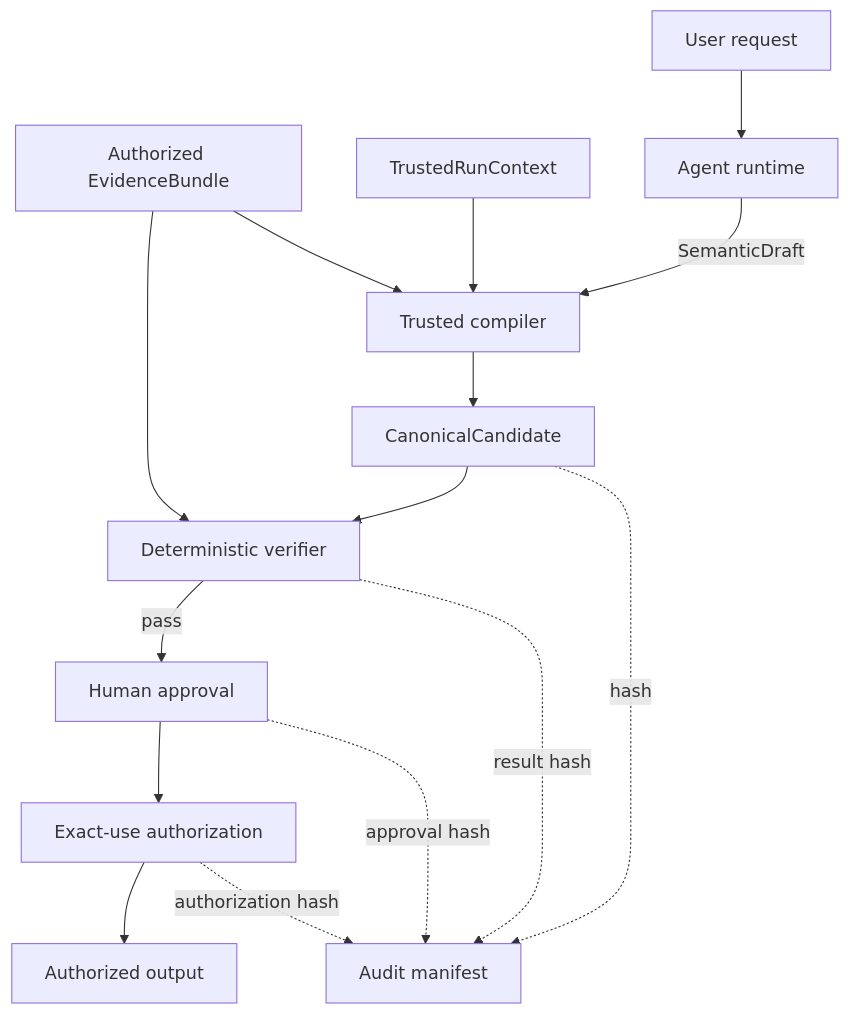
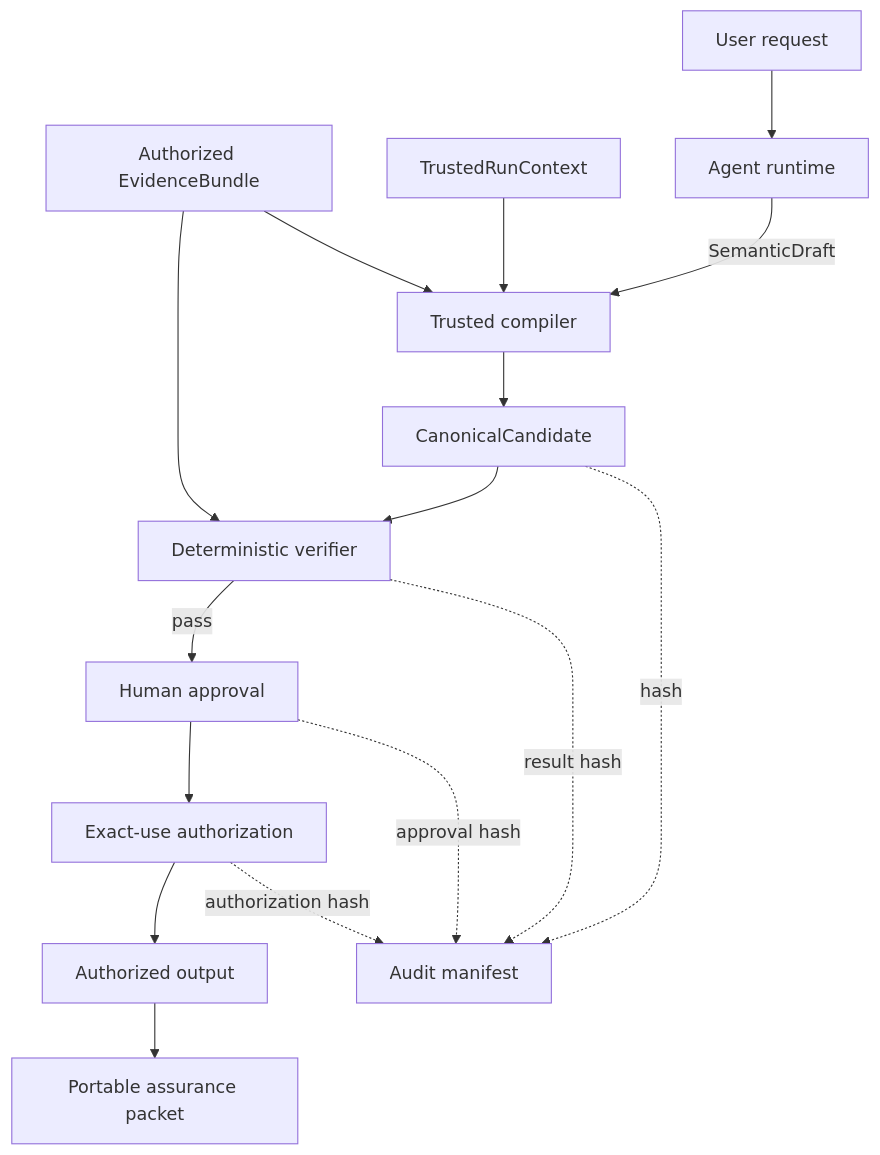
The first of 2 diagrams in docs/architecture.md (DigiTrans-App/provable-agent-reference), drawn with Mermaid before and after one commit. The commit also changed other lines of this file and 19 other files, not shown here.

First line of the commit message:
RFC: Provable Agent Reference Architecture v0.3 Reference Candidate (#28)

````diff
--- a/docs/architecture.md
+++ b/docs/architecture.md
@@ -5,17 +10,18 @@
 ```mermaid
 flowchart TD
     U[User request] --> A[Agent runtime]
     A -->|SemanticDraft| C[Trusted compiler]
     T[TrustedRunContext] --> C
     E[Authorized EvidenceBundle] --> C
     C --> K[CanonicalCandidate]
     K --> V[Deterministic verifier]
     E --> V
     V -->|pass| H[Human approval]
     H --> X[Exact-use authorization]
     X --> O[Authorized output]
+    O --> P[Portable assurance packet]
     K -. hash .-> M[Audit manifest]
     V -. result hash .-> M
     H -. approval hash .-> M
     X -. authorization hash .-> M
 ```
````
